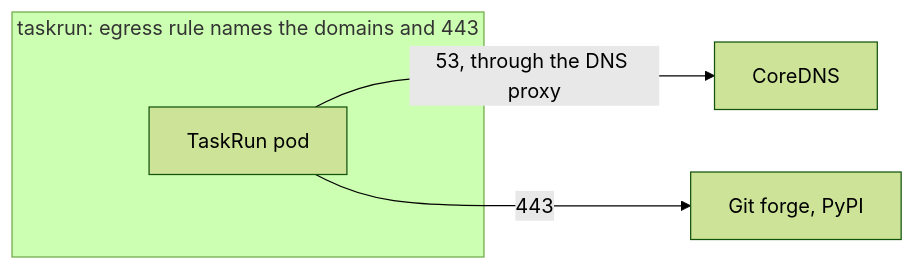
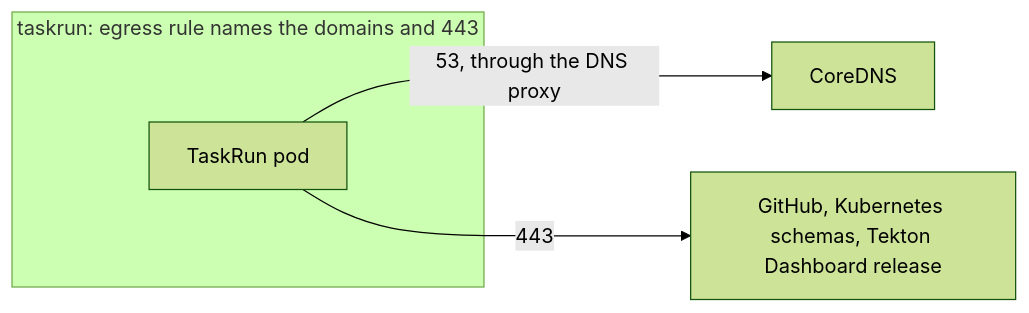
One commit to DragonBishop/data_science_cluster changed the second of 4 diagrams in docs/NETWORKPOLICY.md. Above: the diagram before and after it, drawn with Mermaid (forest theme). The commit also changed other lines of this file and 3 other files, not shown here.

````diff
--- a/docs/NETWORKPOLICY.md
+++ b/docs/NETWORKPOLICY.md
@@ -88,8 +90,8 @@
 ```mermaid
 flowchart LR
   subgraph policy["taskrun: egress rule names the domains and 443"]
     run[TaskRun pod]
   end
   run -->|"53, through the DNS proxy"| dns[CoreDNS]
-  run -->|443| sites[Git forge, PyPI]
+  run -->|443| sites[GitHub, Kubernetes schemas, Tekton Dashboard release]
 ```
````
